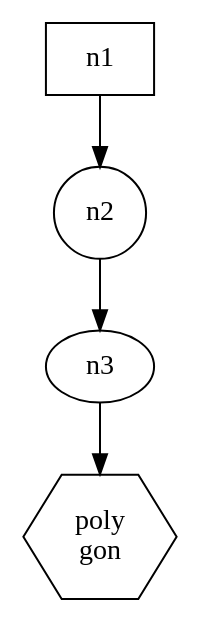
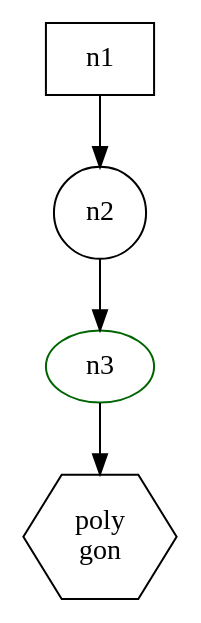
One commit to mark-summerfield/gviz changed the diagram in eg/test-nl.gv. Above: the diagram before and after it, drawn with Graphviz. The commit also changed 6 other files, not shown here.

```diff
--- a/eg/test-nl.gv
+++ b/eg/test-nl.gv
@@ -1,11 +1,11 @@
 digraph {
 	n1 [shape=box]
 	n2 [shape=circle]
 		
-	n3 [shape=oval]
+	n3 [shape=oval color=darkgreen]
 	n4 [shape=polygon sides=6 label="poly\ngon"]
 	
 	n1 -> n2
 	n2 -> n3
 	n3 -> n4	
 }
```
